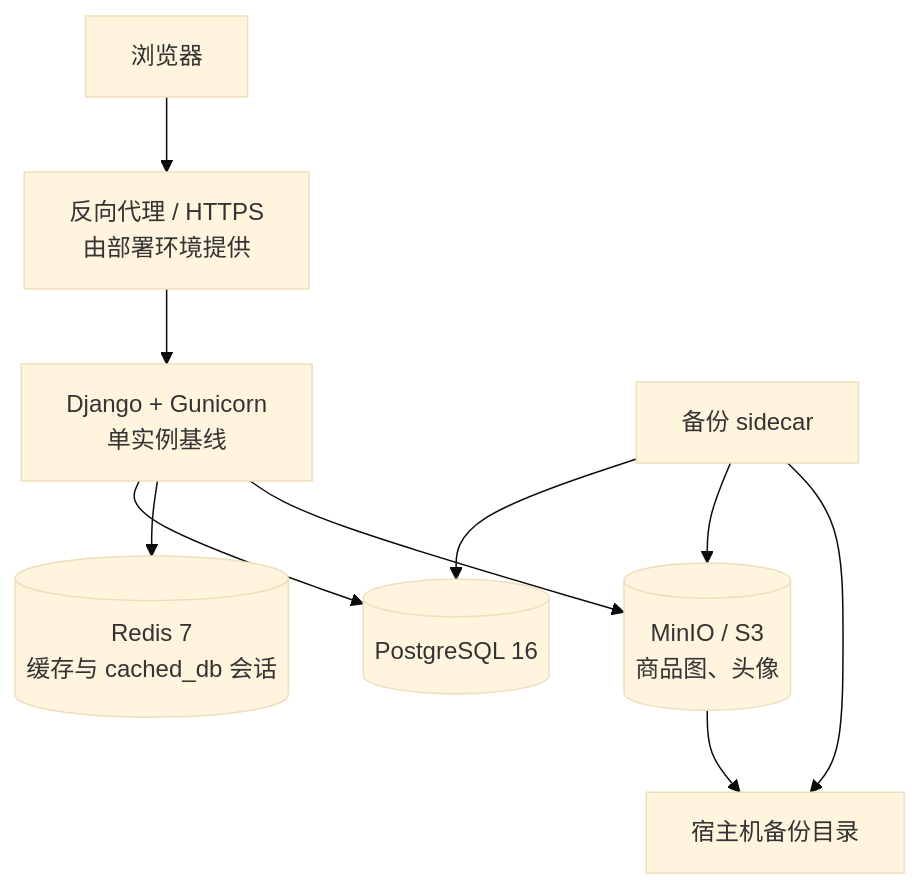
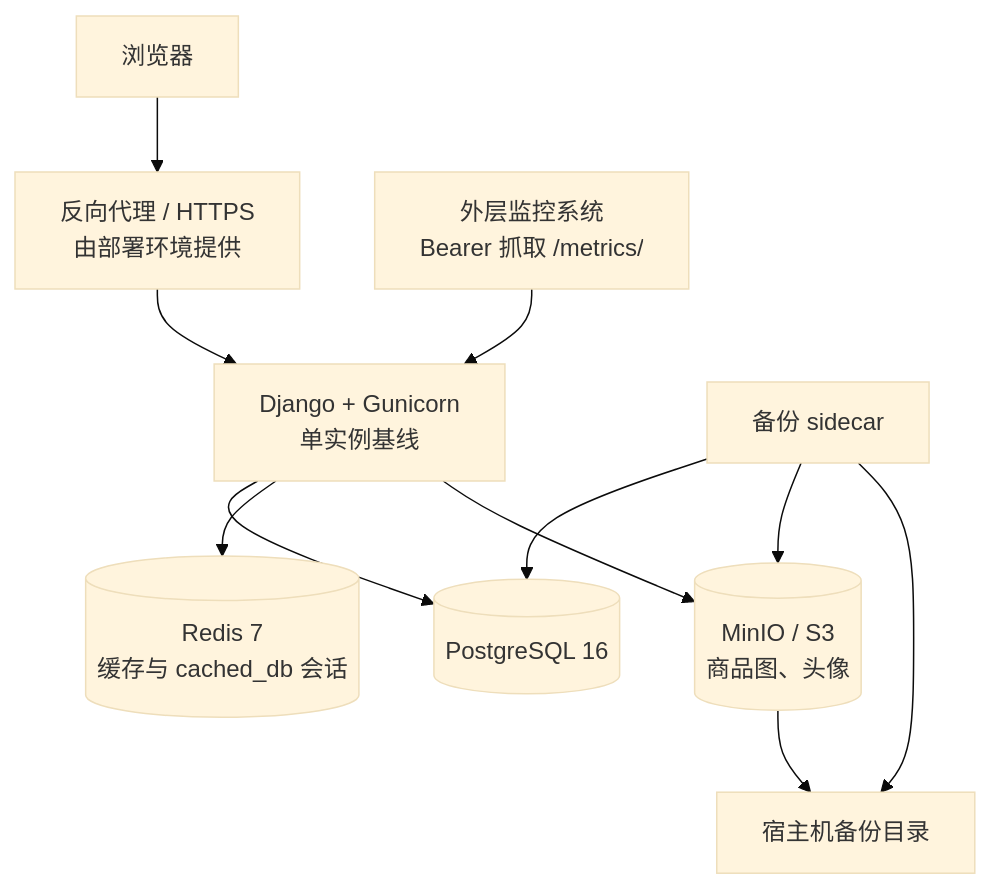
Before and after one commit to strawberry-little-bear/campus_glimmer: the diagram in docs/production-deployment.md, drawn with Mermaid (base theme). The commit also changed other lines of this file and 6 other files, not shown here.

First line of the commit message:
docs: 同步 /metrics/ 口径到部署、容器、路线图与模块地图

````diff
--- a/docs/production-deployment.md
+++ b/docs/production-deployment.md
@@ -13,12 +13,13 @@
 ```mermaid
 flowchart TB
     Browser["浏览器"] --> Proxy["反向代理 / HTTPS<br/>由部署环境提供"]
     Proxy --> Web["Django + Gunicorn<br/>单实例基线"]
     Web --> PG[("PostgreSQL 16")]
     Web --> Redis[("Redis 7<br/>缓存与 cached_db 会话")]
     Web --> MinIO[("MinIO / S3<br/>商品图、头像")]
     Backup["备份 sidecar"] --> PG
     Backup --> MinIO
     Backup --> Disk["宿主机备份目录"]
     MinIO --> Disk
+    Monitor["外层监控系统<br/>Bearer 抓取 /metrics/"] --> Web
 ```
````
